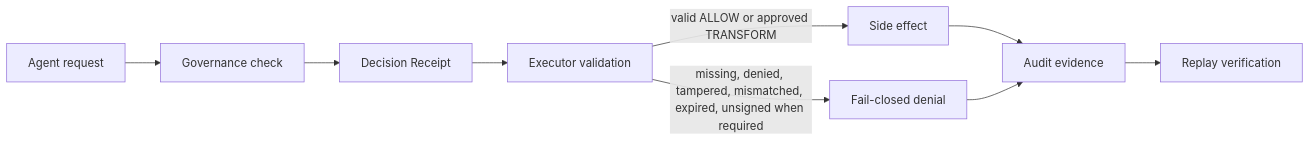
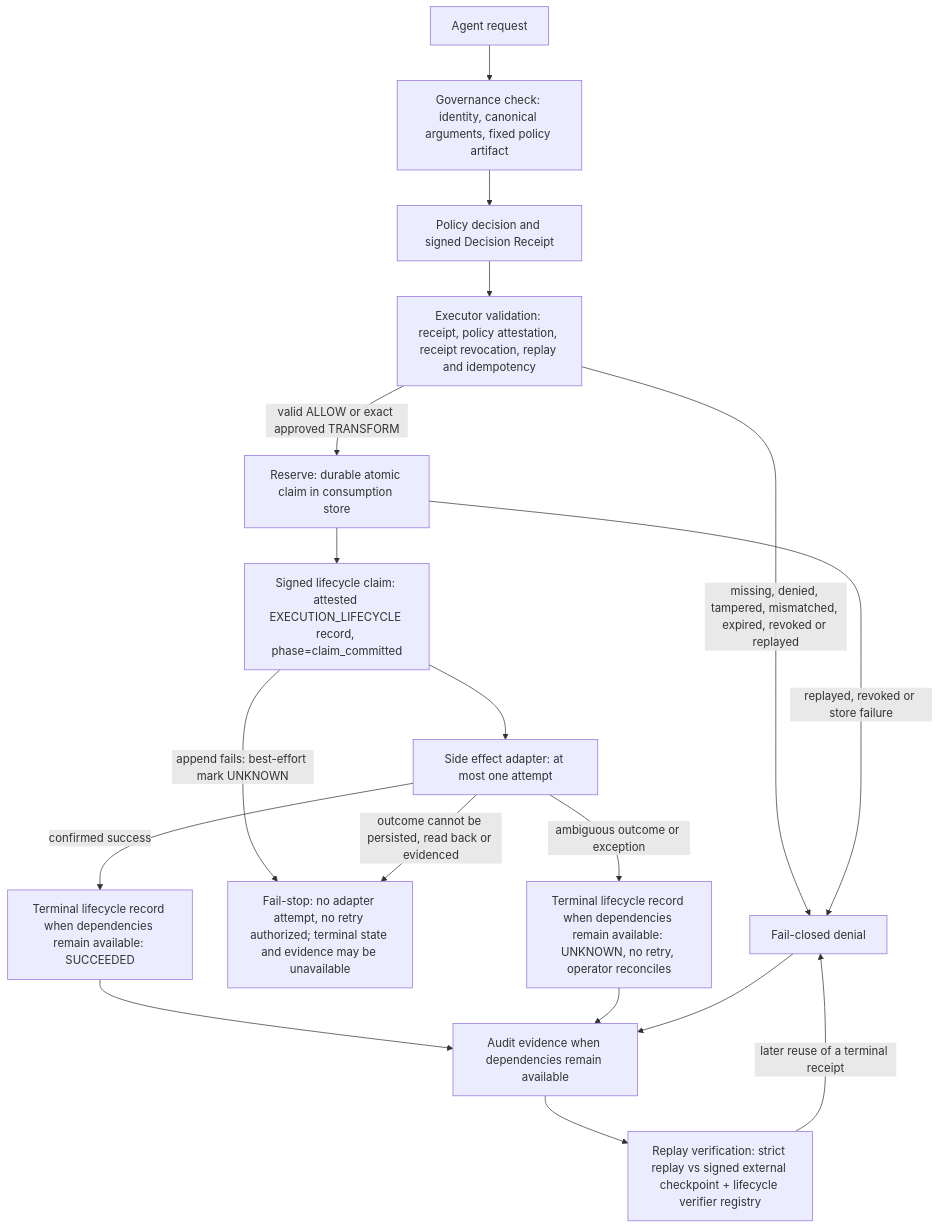
One commit to acgs-ai/ACGS changed the diagram in docs/ARCHITECTURE.md. Above: the diagram before and after it, drawn with Mermaid. The commit also changed other lines of this file and 109 other files, not shown here.

````diff
--- a/docs/ARCHITECTURE.md
+++ b/docs/ARCHITECTURE.md
@@ -26,11 +38,20 @@
 ```mermaid
-flowchart LR
-    A[Agent request] --> B[Governance check]
-    B --> C[Decision Receipt]
-    C --> D[Executor validation]
-    D -->|valid ALLOW or approved TRANSFORM| E[Side effect]
-    D -->|missing, denied, tampered, mismatched, expired, unsigned when required| F[Fail-closed denial]
-    E --> G[Audit evidence]
-    F --> G[Audit evidence]
-    G --> H[Replay verification]
+flowchart TB
+    A[Agent request] --> B[Governance check: identity, canonical arguments, fixed policy artifact]
+    B --> C[Policy decision and signed Decision Receipt]
+    C --> D[Executor validation: receipt, policy attestation, receipt revocation, replay and idempotency]
+    D -->|missing, denied, tampered, mismatched, expired, revoked or replayed| F[Fail-closed denial]
+    D -->|valid ALLOW or exact approved TRANSFORM| R[Reserve: durable atomic claim in consumption store]
+    R -->|replayed, revoked or store failure| F
+    R --> L[Signed lifecycle claim: attested EXECUTION_LIFECYCLE record, phase=claim_committed]
+    L -->|append fails: best-effort mark UNKNOWN| N[Fail-stop: no adapter attempt, no retry authorized; terminal state and evidence may be unavailable]
+    L --> E[Side effect adapter: at most one attempt]
+    E -->|confirmed success| S[Terminal lifecycle record when dependencies remain available: SUCCEEDED]
+    E -->|ambiguous outcome or exception| U[Terminal lifecycle record when dependencies remain available: UNKNOWN, no retry, operator reconciles]
+    E -->|outcome cannot be persisted, read back or evidenced| N
+    S --> G[Audit evidence when dependencies remain available]
+    U --> G[Audit evidence when dependencies remain available]
+    F --> G[Audit evidence when dependencies remain available]
+    G --> H[Replay verification: strict replay vs signed external checkpoint + lifecycle verifier registry]
+    H -->|later reuse of a terminal receipt| F
 ```
````
